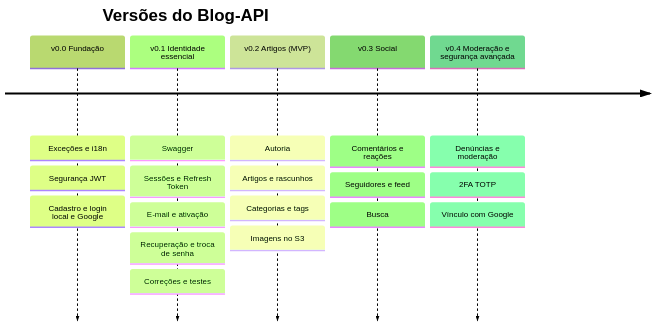
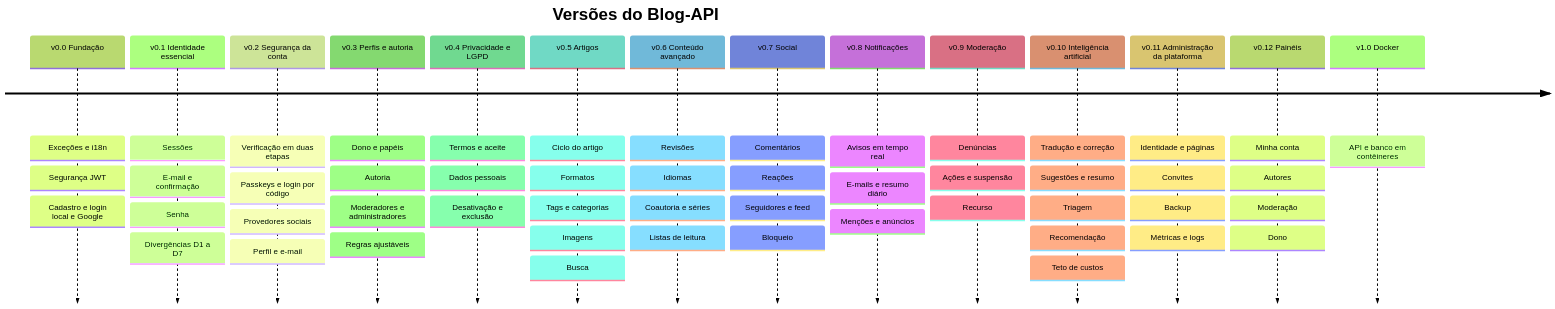
One commit to barbaraguarino/Blog-API changed the first of 2 diagrams in docs/Roadmap.md. Above: the diagram before and after it, drawn with Mermaid (forest theme). The commit also changed other lines of this file and 1 other file, not shown here.

Commit message:
Reorganiza as versões do Roadmap (D-037)

````diff
--- a/docs/Roadmap.md
+++ b/docs/Roadmap.md
@@ -9,9 +9,18 @@
 ```mermaid
 timeline
     title Versões do Blog-API
     v0.0 Fundação : Exceções e i18n : Segurança JWT : Cadastro e login local e Google
-    v0.1 Identidade essencial : Swagger : Sessões e Refresh Token : E-mail e ativação : Recuperação e troca de senha : Correções e testes
-    v0.2 Artigos (MVP) : Autoria : Artigos e rascunhos : Categorias e tags : Imagens no S3
-    v0.3 Social : Comentários e reações : Seguidores e feed : Busca
-    v0.4 Moderação e segurança avançada : Denúncias e moderação : 2FA TOTP : Vínculo com Google
+    v0.1 Identidade essencial : Sessões : E-mail e confirmação : Senha : Divergências D1 a D7
+    v0.2 Segurança da conta : Verificação em duas etapas : Passkeys e login por código : Provedores sociais : Perfil e e-mail
+    v0.3 Perfis e autoria : Dono e papéis : Autoria : Moderadores e administradores : Regras ajustáveis
+    v0.4 Privacidade e LGPD : Termos e aceite : Dados pessoais : Desativação e exclusão
+    v0.5 Artigos : Ciclo do artigo : Formatos : Tags e categorias : Imagens : Busca
+    v0.6 Conteúdo avançado : Revisões : Idiomas : Coautoria e séries : Listas de leitura
+    v0.7 Social : Comentários : Reações : Seguidores e feed : Bloqueio
+    v0.8 Notificações : Avisos em tempo real : E-mails e resumo diário : Menções e anúncios
+    v0.9 Moderação : Denúncias : Ações e suspensão : Recurso
+    v0.10 Inteligência artificial : Tradução e correção : Sugestões e resumo : Triagem : Recomendação : Teto de custos
+    v0.11 Administração da plataforma : Identidade e páginas : Convites : Backup : Métricas e logs
+    v0.12 Painéis : Minha conta : Autores : Moderação : Dono
+    v1.0 Docker : API e banco em contêineres
 ```
````
